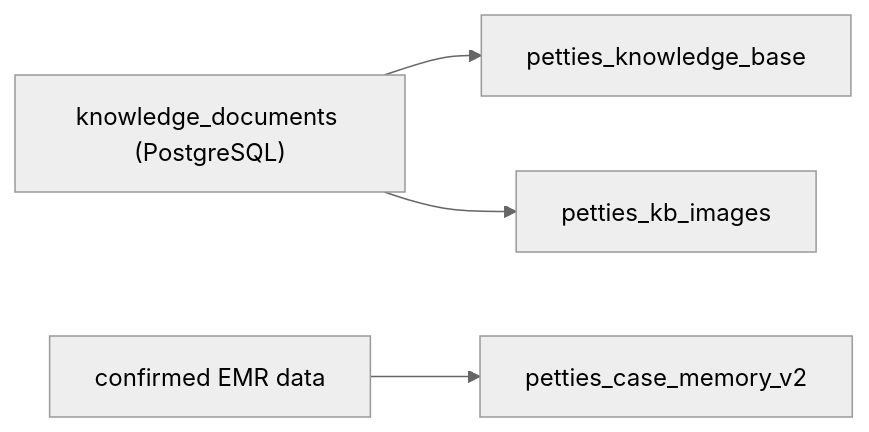
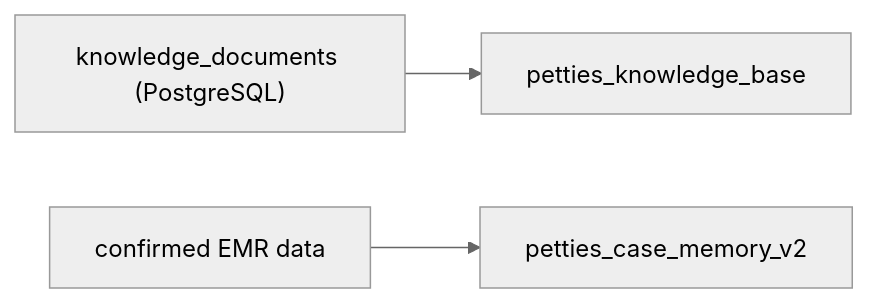
The third of 3 diagrams in docs-references/documentation/PETTIES_ERD_DIAGRAM.md (espresso23/Petties-Veterinary-Appointment-Booking-Platform), drawn with Mermaid (neutral theme) before and after one commit. The commit also changed other lines of this file and 93 other files, not shown here.

````diff
--- a/docs-references/documentation/PETTIES_ERD_DIAGRAM.md
+++ b/docs-references/documentation/PETTIES_ERD_DIAGRAM.md
@@ -170,6 +171,5 @@
 ```mermaid
 flowchart LR
     KD["knowledge_documents (PostgreSQL)"] --> KB["petties_knowledge_base"]
-    KD --> KBI["petties_kb_images"]
     EMR["confirmed EMR data"] --> CM["petties_case_memory_v2"]
 ```
````
